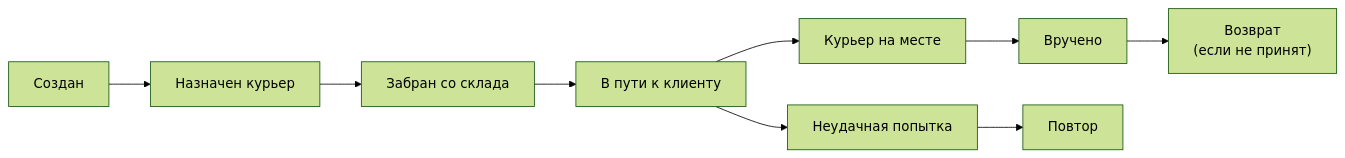
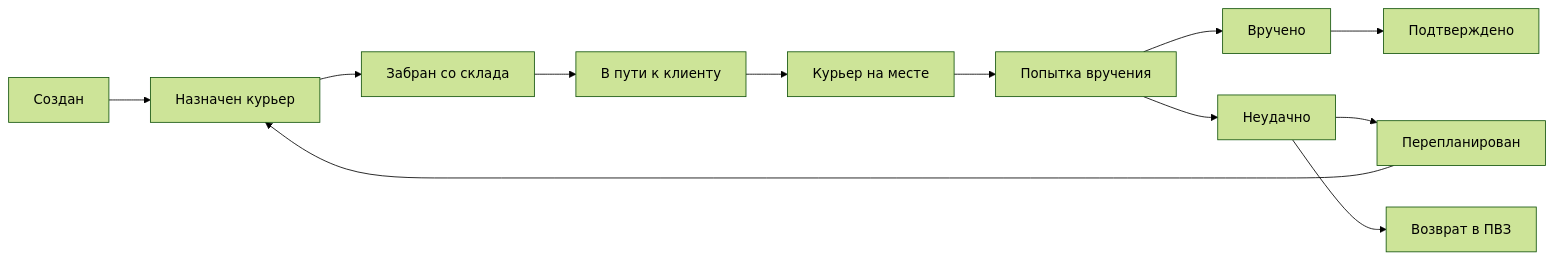
Before and after one commit to sergeyodnoval-bot/sysanalyst-kb.github.io: the second of 3 diagrams in docs/specialization/logistics-last-mile.md, drawn with Mermaid (forest theme). The commit also changed other lines of this file and 13 other files, not shown here.

````diff
--- a/docs/specialization/logistics-last-mile.md
+++ b/docs/specialization/logistics-last-mile.md
@@ -36,11 +86,14 @@
 ```mermaid
 flowchart LR
-    NEW["Создан"] --> ASSIGN["Назначен курьер"]
-    ASSIGN --> PICKUP["Забран со склада"]
-    PICKUP --> ROUTE["В пути к клиенту"]
-    ROUTE --> ARRIVED["Курьер на месте"]
-    ARRIVED --> DONE["Вручено"]
-    DONE --> RETURN["Возврат<br/>(если не принят)"]
-    ROUTE --> FAIL["Неудачная попытка"]
-    FAIL --> REATTEMPT["Повтор"]
+    CREATED["Создан"] --> ASSIGNED["Назначен курьер"]
+    ASSIGNED --> PICKED_UP["Забран со склада"]
+    PICKED_UP --> ROUTING["В пути к клиенту"]
+    ROUTING --> ARRIVED["Курьер на месте"]
+    ARRIVED --> ATTEMPTED["Попытка вручения"]
+    ATTEMPTED --> DELIVERED["Вручено"]
+    ATTEMPTED --> FAILED["Неудачно"]
+    FAILED --> RESCHEDULED["Перепланирован"]
+    RESCHEDULED --> ASSIGNED
+    FAILED --> PVP_RETURN["Возврат в ПВЗ"]
+    DELIVERED --> CONFIRMED["Подтверждено"]
 ```
````
